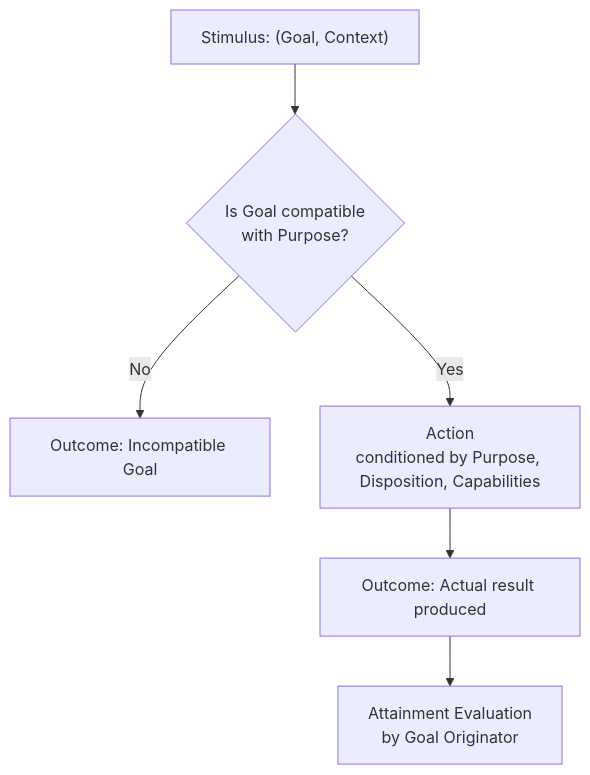
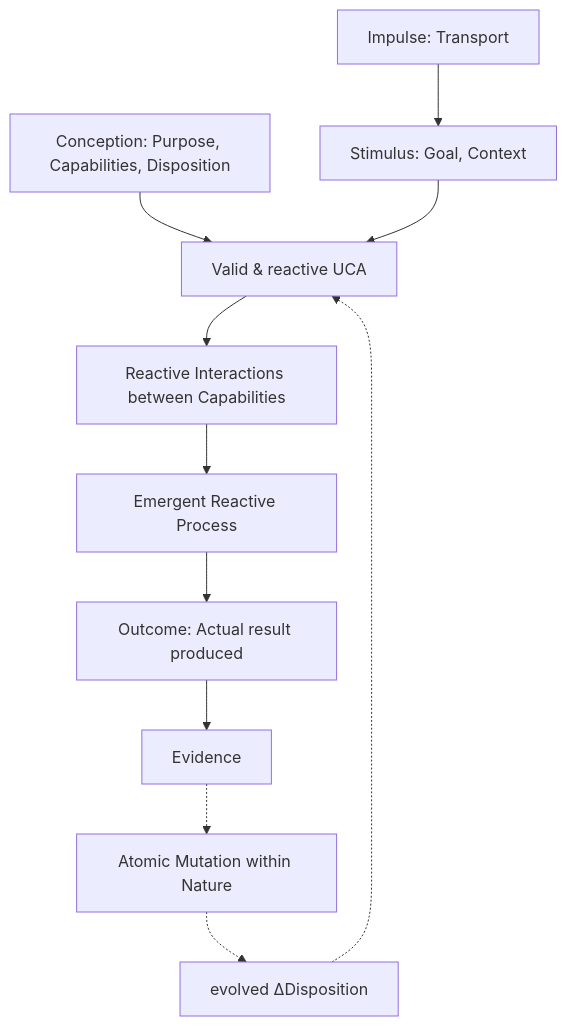
One commit to christian-marino-alvarez/uca-specification changed the diagram in README.md. Above: the diagram before and after it, drawn with Mermaid. The commit also changed other lines of this file and 3 other files, not shown here.

Commit message:
docs: formalize UCA lifecycle, conception, properties, interactions, and evolution

````diff
--- a/README.md
+++ b/README.md
@@ -127,8 +126,13 @@
 ```mermaid
 flowchart TD
-    STIM["Stimulus: (Goal, Context)"] --> VAL{Is Goal compatible<br/>with Purpose?}
-    VAL -- No --> REJ[Outcome: Incompatible Goal]
-    VAL -- Yes --> ACT[Action<br/>conditioned by Purpose, Disposition, Capabilities]
-    ACT --> OUT[Outcome: Actual result produced]
-    OUT --> ATT[Attainment Evaluation<br/>by Goal Originator]
+    CON[Conception: Purpose, Capabilities, Disposition] --> UCA[Valid & reactive UCA]
+    IMP[Impulse: Transport] --> STIM[Stimulus: Goal, Context]
+    STIM --> UCA
+    UCA --> INT[Reactive Interactions between Capabilities]
+    INT --> PROC[Emergent Reactive Process]
+    PROC --> OUT[Outcome: Actual result produced]
+    OUT --> EVI[Evidence]
+    EVI -.-> MUT[Atomic Mutation within Nature]
+    MUT -.-> DISP[evolved ΔDisposition]
+    DISP -.-> UCA
 ```
````
